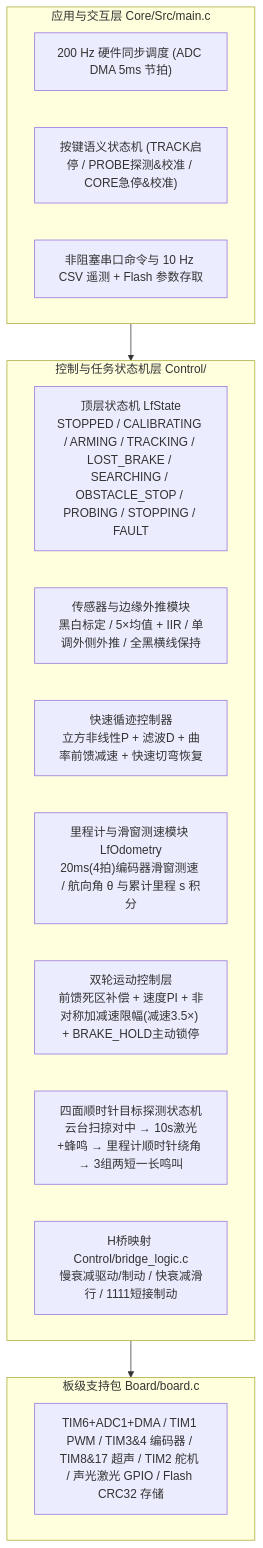
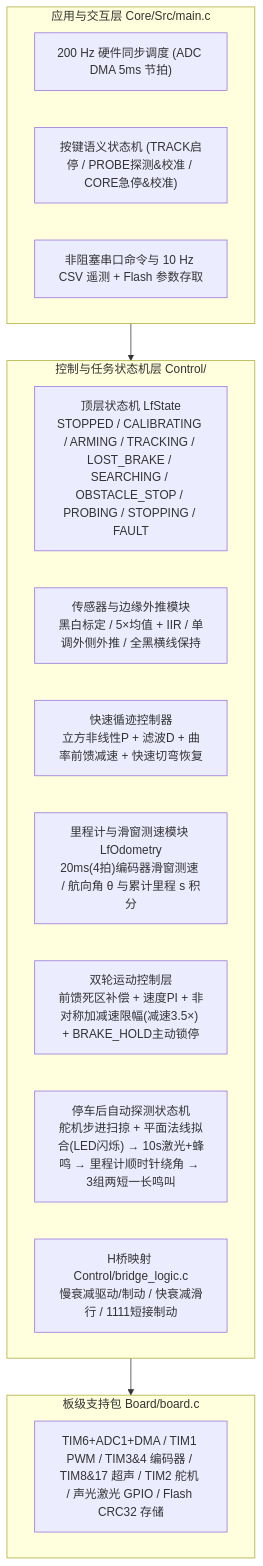
Before and after one commit to ChenCong-0710/intelligent_car: the diagram in docs/software-architecture-and-review.md, drawn with Mermaid. The commit also changed 95 other files, not shown here.

````diff
--- a/docs/software-architecture-and-review.md
+++ b/docs/software-architecture-and-review.md
@@ -38,24 +38,24 @@
 ```mermaid
 flowchart TD
     subgraph CORE["应用与交互层 Core/Src/main.c"]
         SCHED["200 Hz 硬件同步调度 (ADC DMA 5ms 节拍)"]
         KEYS["按键语义状态机 (TRACK启停 / PROBE探测&校准 / CORE急停&校准)"]
         CLI["非阻塞串口命令与 10 Hz CSV 遥测 + Flash 参数存取"]
     end
 
     subgraph CTRL["控制与任务状态机层 Control/"]
         SM["顶层状态机 LfState<br/>STOPPED / CALIBRATING / ARMING / TRACKING / LOST_BRAKE / SEARCHING / OBSTACLE_STOP / PROBING / STOPPING / FAULT"]
         SENS["传感器与边缘外推模块<br/>黑白标定 / 5×均值 + IIR / 单调外侧外推 / 全黑横线保持"]
         TRACK["快速循迹控制器<br/>立方非线性P + 滤波D + 曲率前馈减速 + 快速切弯恢复"]
         ODO["里程计与滑窗测速模块 LfOdometry<br/>20ms(4拍)编码器滑窗测速 / 航向角 θ 与累计里程 s 积分"]
         MOT["双轮运动控制层<br/>前馈死区补偿 + 速度PI + 非对称加减速限幅(减速3.5×) + BRAKE_HOLD主动锁停"]
-        PROBE["四面顺时针目标探测状态机<br/>云台扫掠对中 → 10s激光+蜂鸣 → 里程计顺时针绕角 → 3组两短一长鸣叫"]
+        PROBE["停车后自动探测状态机<br/>舵机步进扫掠 + 平面法线拟合(LED闪烁) → 10s激光+蜂鸣 → 里程计顺时针绕角 → 3组两短一长鸣叫"]
         BRG["H桥映射 Control/bridge_logic.c<br/>慢衰减驱动/制动 / 快衰减滑行 / 1111短接制动"]
     end
 
     subgraph BSP["板级支持包 Board/board.c"]
         HW["TIM6+ADC1+DMA / TIM1 PWM / TIM3&4 编码器 / TIM8&17 超声 / TIM2 舵机 / 声光激光 GPIO / Flash CRC32 存储"]
     end
 
     CORE --> CTRL --> BSP
 ```
````
